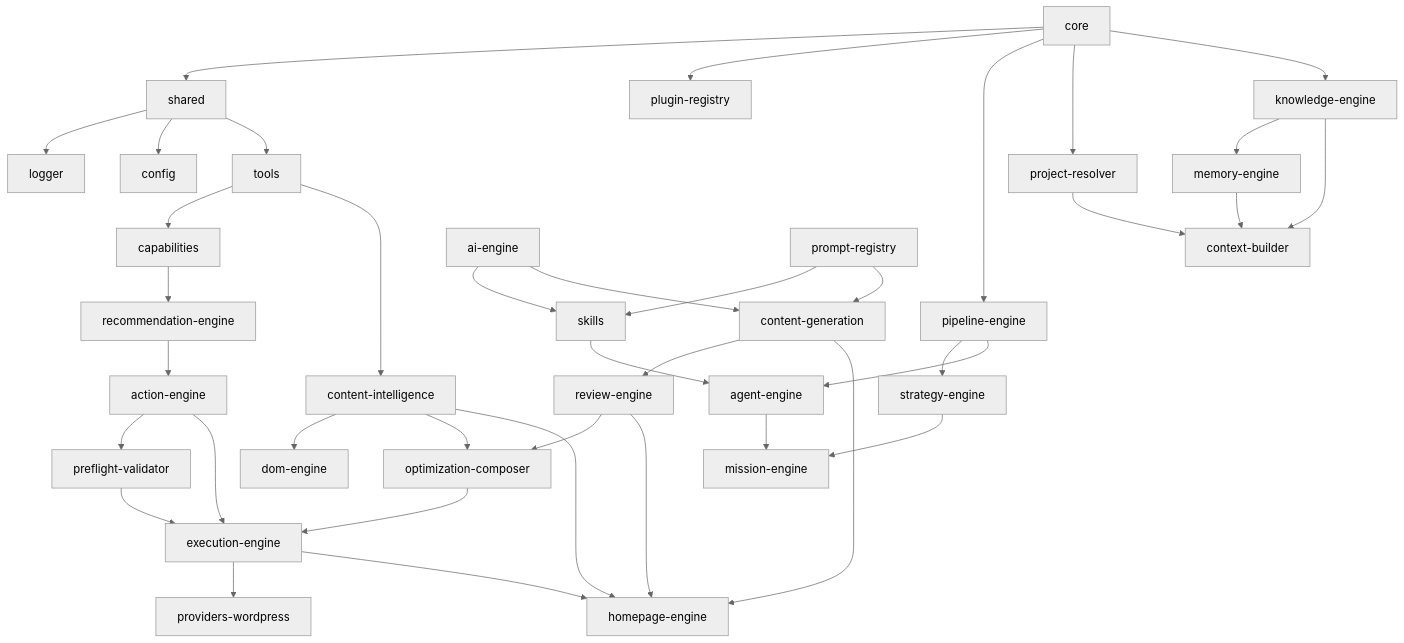
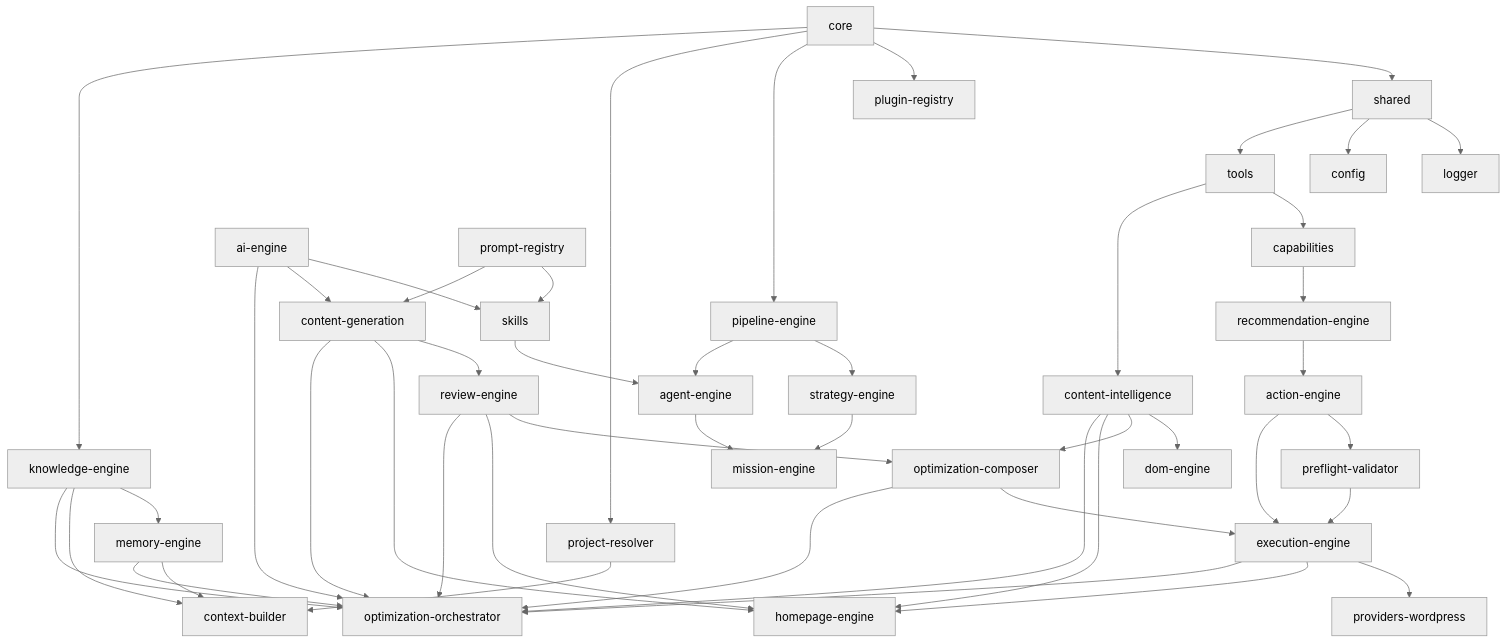
The diagram in docs/dependency-graph.md (Bright-Xuck/SEOforge), drawn with Mermaid (neutral theme) before and after one commit. The commit also changed other lines of this file and 22 other files, not shown here.

````diff
--- a/docs/dependency-graph.md
+++ b/docs/dependency-graph.md
@@ -7,41 +7,49 @@
 ```mermaid
 graph TD
     core --> shared
     shared --> logger
     shared --> config
     shared --> tools
     tools --> capabilities
     capabilities --> recommendation-engine
     recommendation-engine --> action-engine
     action-engine --> preflight-validator
     action-engine --> execution-engine
     preflight-validator --> execution-engine
     execution-engine --> providers-wordpress
     core --> plugin-registry
     core --> pipeline-engine
     pipeline-engine --> strategy-engine
     pipeline-engine --> agent-engine
     strategy-engine --> mission-engine
     agent-engine --> mission-engine
     core --> project-resolver
     core --> knowledge-engine
     knowledge-engine --> memory-engine
     project-resolver --> context-builder
     knowledge-engine --> context-builder
     memory-engine --> context-builder
     tools --> content-intelligence
     content-intelligence --> dom-engine
     content-intelligence --> optimization-composer
     ai-engine --> skills
     ai-engine --> content-generation
     prompt-registry --> skills
     prompt-registry --> content-generation
     skills --> agent-engine
     content-generation --> review-engine
     review-engine --> optimization-composer
     optimization-composer --> execution-engine
     content-intelligence --> homepage-engine
     content-generation --> homepage-engine
     review-engine --> homepage-engine
     execution-engine --> homepage-engine
+    content-intelligence --> optimization-orchestrator
+    content-generation --> optimization-orchestrator
+    review-engine --> optimization-orchestrator
+    optimization-composer --> optimization-orchestrator
+    execution-engine --> optimization-orchestrator
+    ai-engine --> optimization-orchestrator
+    knowledge-engine --> optimization-orchestrator
+    memory-engine --> optimization-orchestrator
 ```
````
